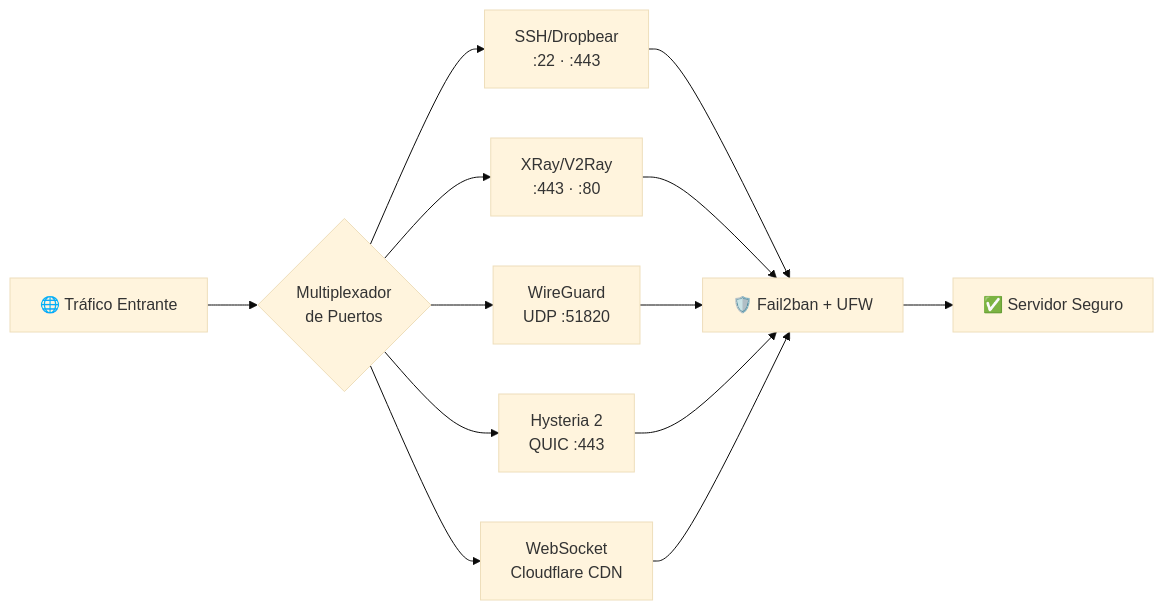
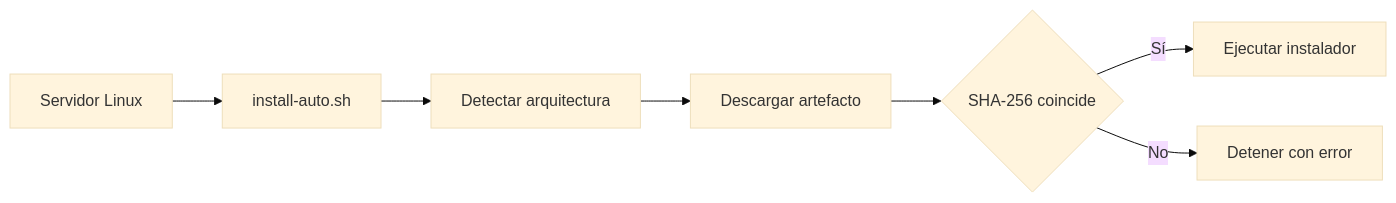
Before and after one commit to studioanime977/MoviVIPNetwork: the diagram in README.md, drawn with Mermaid (base theme). The commit also changed other lines of this file, not shown here.

````diff
--- a/README.md
+++ b/README.md
@@ -277,15 +122,9 @@
 ```mermaid
-graph LR
-    A[🌐 Tráfico Entrante] --> B{Multiplexador\nde Puertos}
-    B --> C[SSH/Dropbear\n:22 · :443]
-    B --> D[XRay/V2Ray\n:443 · :80]
-    B --> E[WireGuard\nUDP :51820]
-    B --> F[Hysteria 2\nQUIC :443]
-    B --> G[WebSocket\nCloudflare CDN]
-    C --> H[🛡️ Fail2ban + UFW]
-    D --> H
-    E --> H
-    F --> H
-    G --> H
-    H --> I[✅ Servidor Seguro]
+flowchart LR
+    A[Servidor Linux] --> B[install-auto.sh]
+    B --> C[Detectar arquitectura]
+    C --> D[Descargar artefacto]
+    D --> E{SHA-256 coincide}
+    E -->|Sí| F[Ejecutar instalador]
+    E -->|No| G[Detener con error]
 ```
````
